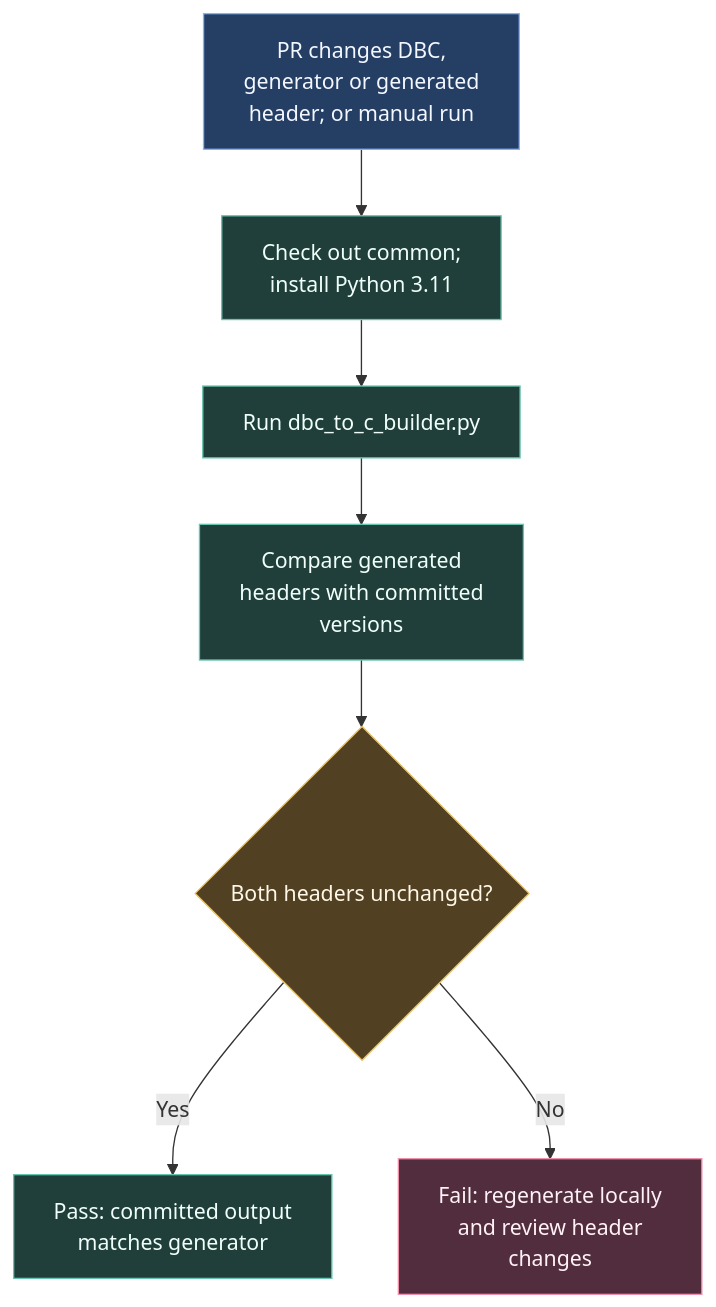
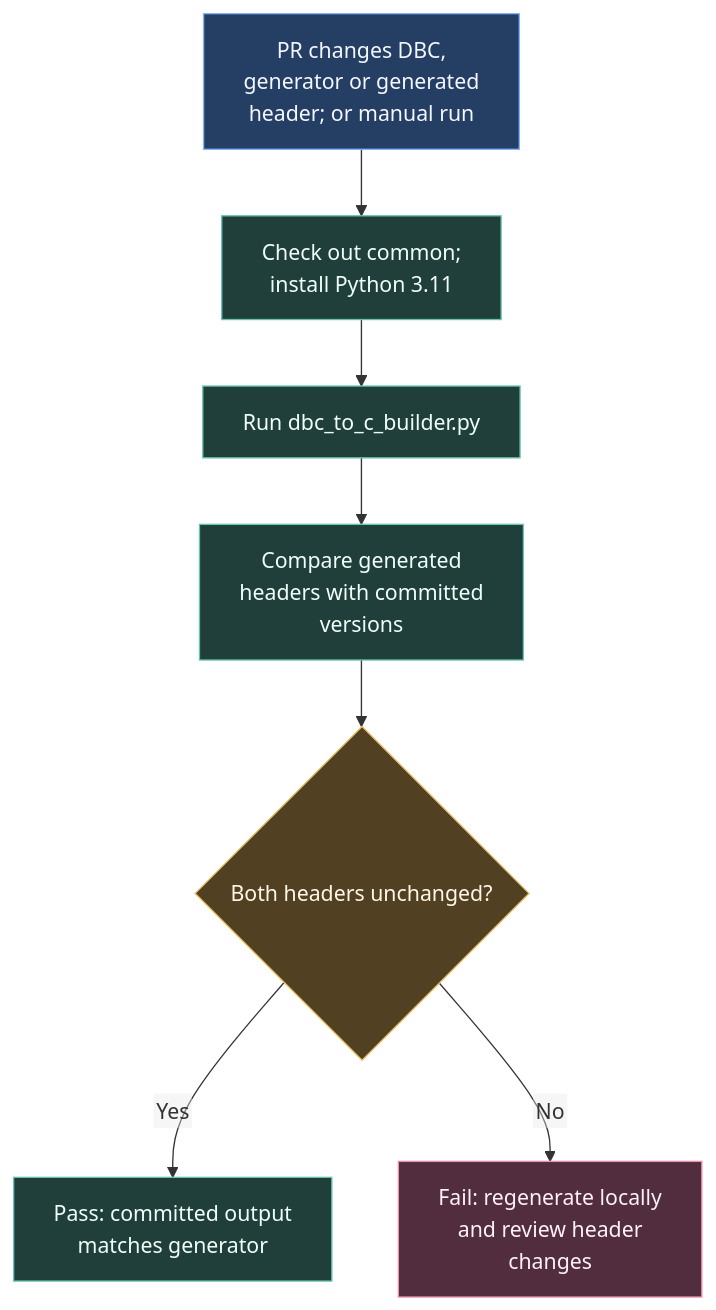
Before and after one commit to ARTTU-Software/.github: the diagram in docs/ci/generated-can.md, drawn with Mermaid. The commit also changed 12 other files, not shown here.

Commit message:
docs: render Mermaid labels without inherited HTML text styling

````diff
--- a/docs/ci/generated-can.md
+++ b/docs/ci/generated-can.md
@@ -10,17 +10,18 @@
 ```mermaid
+%%{init: {"flowchart": {"htmlLabels": false}}}%%
 flowchart TB
     CHANGE["PR changes DBC,<br/>generator or generated<br/>header; or manual run"] --> CHECKOUT["Check out common;<br/>install Python 3.11"]
     CHECKOUT --> GENERATE["Run dbc_to_c_builder.py"]
     GENERATE --> DIFF["Compare generated<br/>headers with committed<br/>versions"]
     DIFF --> SAME{"Both headers unchanged?"}
     SAME -->|Yes| PASS["Pass: committed output<br/>matches generator"]
     SAME -->|No| FAIL["Fail: regenerate locally<br/>and review header<br/>changes"]
     classDef event fill:#253e64,stroke:#82b4ff,color:#f3f7ff
     classDef work fill:#203f3b,stroke:#66c5ae,color:#f0fff9
     classDef check fill:#514122,stroke:#e8bf63,color:#fff8e8
     classDef failure fill:#512d3d,stroke:#ef91ac,color:#fff1f6
     class CHANGE event
     class CHECKOUT,GENERATE,DIFF,PASS work
     class SAME check
     class FAIL failure
 ```
````
